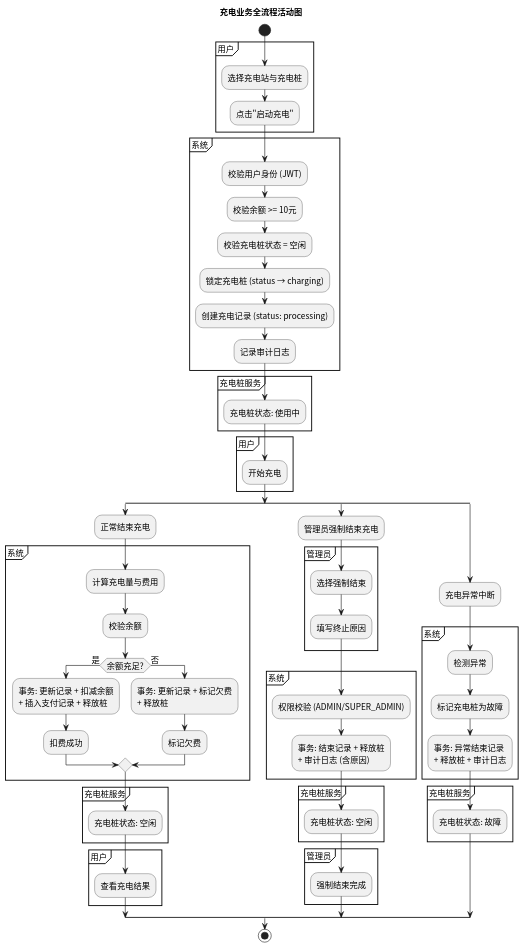
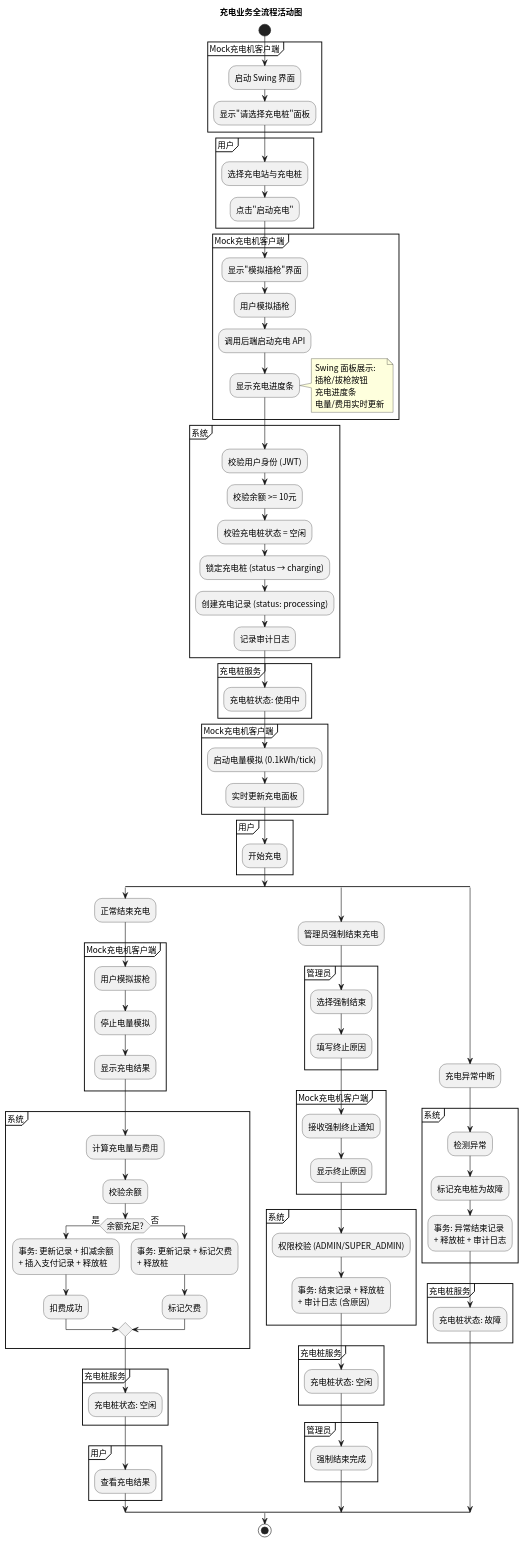
The diagram in activity/src/activity_charging.puml (greenhandzdl/charging-station-doc), drawn with PlantUML before and after one commit. The commit also changed 39 other files, not shown here.

```diff
--- a/activity/src/activity_charging.puml
+++ b/activity/src/activity_charging.puml
@@ -1,87 +1,120 @@
 @startuml
 skinparam defaultFontName "Noto Sans CJK SC"
 skinparam defaultFontSize 14
 title 充电业务全流程活动图
 
 start
 
+partition "Mock充电机客户端" {
+  :启动 Swing 界面;
+  :显示"请选择充电桩"面板;
+}
+
 partition "用户" {
   :选择充电站与充电桩;
   :点击"启动充电";
+}
+
+partition "Mock充电机客户端" {
+  :显示"模拟插枪"界面;
+  :用户模拟插枪;
+  :调用后端启动充电 API;
+  :显示充电进度条;
+  note right
+    Swing 面板展示:
+    插枪/拔枪按钮
+    充电进度条
+    电量/费用实时更新
+  end note
 }
 
 partition "系统" {
   :校验用户身份 (JWT);
   :校验余额 >= 10元;
   :校验充电桩状态 = 空闲;
   :锁定充电桩 (status → charging);
   :创建充电记录 (status: processing);
   :记录审计日志;
 }
 
 partition "充电桩服务" {
   :充电桩状态: 使用中;
 }
 
+partition "Mock充电机客户端" {
+  :启动电量模拟 (0.1kWh/tick);
+  :实时更新充电面板;
+}
+
 partition "用户" {
   :开始充电;
 }
 
 split
   :正常结束充电;
+  partition "Mock充电机客户端" {
+    :用户模拟拔枪;
+    :停止电量模拟;
+    :显示充电结果;
+  }
 
   partition "系统" {
     :计算充电量与费用;
     :校验余额;
     if (余额充足?) then (是)
       :事务: 更新记录 + 扣减余额\n+ 插入支付记录 + 释放桩;
       :扣费成功;
     else (否)
       :事务: 更新记录 + 标记欠费\n+ 释放桩;
       :标记欠费;
     endif
   }
 
   partition "充电桩服务" {
     :充电桩状态: 空闲;
   }
 
   partition "用户" {
     :查看充电结果;
   }
 split again
   :管理员强制结束充电;
 
   partition "管理员" {
     :选择强制结束;
     :填写终止原因;
+  }
+
+  partition "Mock充电机客户端" {
+    :接收强制终止通知;
+    :显示终止原因;
   }
 
   partition "系统" {
     :权限校验 (ADMIN/SUPER_ADMIN);
     :事务: 结束记录 + 释放桩\n+ 审计日志 (含原因);
   }
 
   partition "充电桩服务" {
     :充电桩状态: 空闲;
   }
 
   partition "管理员" {
     :强制结束完成;
   }
 split again
   :充电异常中断;
 
   partition "系统" {
     :检测异常;
     :标记充电桩为故障;
     :事务: 异常结束记录\n+ 释放桩 + 审计日志;
   }
 
   partition "充电桩服务" {
     :充电桩状态: 故障;
   }
 end split
 
 stop
 @enduml
```
